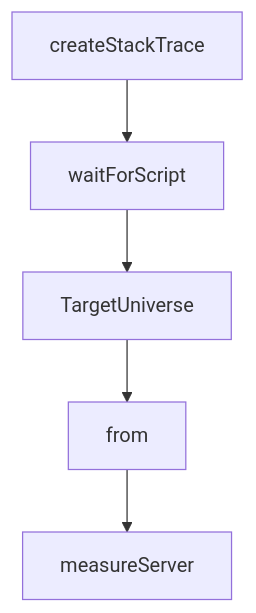
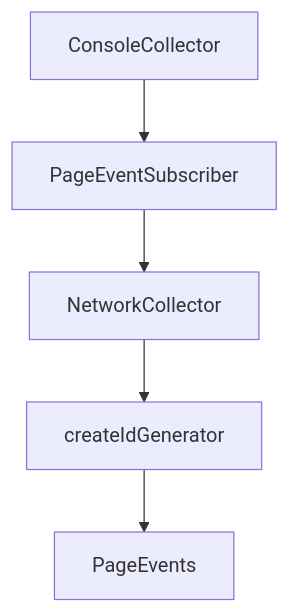
The diagram in tutorials/chrome-devtools-mcp-tutorial/05-performance-and-debugging-workflows.md (johnxie/awesome-code-docs), drawn with Mermaid before and after one commit. The commit also changed other lines of this file and 1232 other files, not shown here.

````diff
--- a/tutorials/chrome-devtools-mcp-tutorial/05-performance-and-debugging-workflows.md
+++ b/tutorials/chrome-devtools-mcp-tutorial/05-performance-and-debugging-workflows.md
@@ -213,12 +211,12 @@
 ```mermaid
 flowchart TD
-    A[createStackTrace]
-    B[waitForScript]
-    C[TargetUniverse]
-    D[from]
-    E[measureServer]
+    A[ConsoleCollector]
+    B[PageEventSubscriber]
+    C[NetworkCollector]
+    D[createIdGenerator]
+    E[PageEvents]
     A --> B
     B --> C
     C --> D
     D --> E
 ```
````
